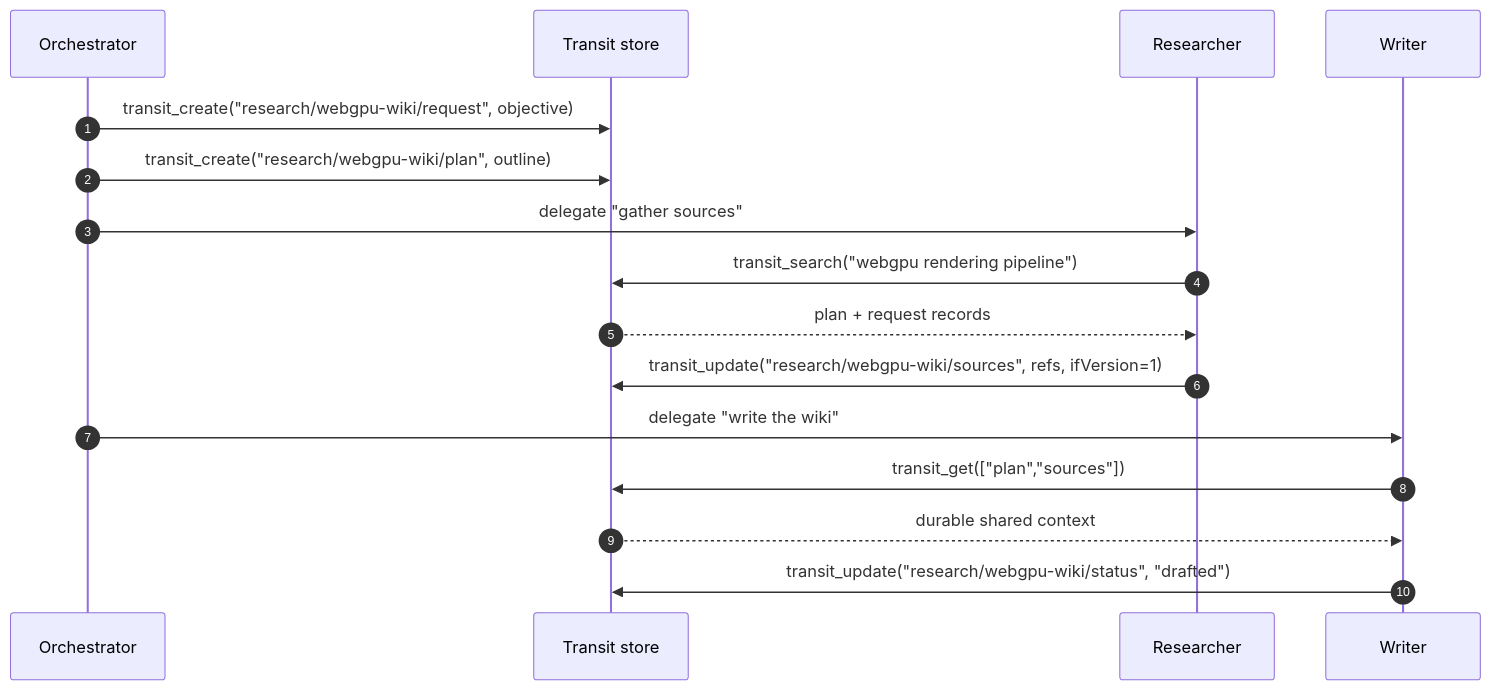
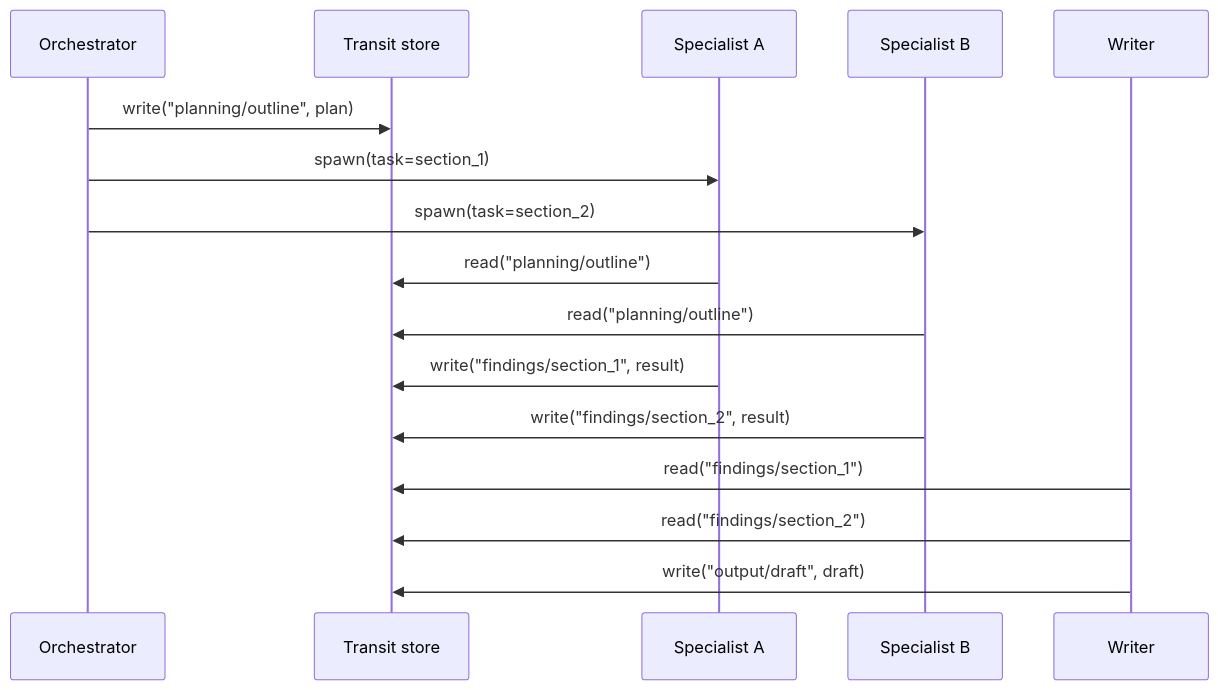
One commit to intelligencedev/intelligence-web changed the third of 9 diagrams in content/manifold-memory-systems.md. Above: the diagram before and after it, drawn with Mermaid. The commit also changed other lines of this file, not shown here.

```diff
--- a/content/manifold-memory-systems.md
+++ b/content/manifold-memory-systems.md
@@ -162,18 +147,19 @@
 <pre class="mermaid">
 sequenceDiagram
-    autonumber
     participant O as Orchestrator
     participant T as Transit store
-    participant R as Researcher
+    participant S1 as Specialist A
+    participant S2 as Specialist B
     participant W as Writer
-    O->>T: transit_create("research/webgpu-wiki/request", objective)
-    O->>T: transit_create("research/webgpu-wiki/plan", outline)
-    O->>R: delegate "gather sources"
-    R->>T: transit_search("webgpu rendering pipeline")
-    T-->>R: plan + request records
-    R->>T: transit_update("research/webgpu-wiki/sources", refs, ifVersion=1)
-    O->>W: delegate "write the wiki"
-    W->>T: transit_get(["plan","sources"])
-    T-->>W: durable shared context
-    W->>T: transit_update("research/webgpu-wiki/status", "drafted")
+
+    O->>T: write("planning/outline", plan)
+    O->>S1: spawn(task=section_1)
+    O->>S2: spawn(task=section_2)
+    S1->>T: read("planning/outline")
+    S2->>T: read("planning/outline")
+    S1->>T: write("findings/section_1", result)
+    S2->>T: write("findings/section_2", result)
+    W->>T: read("findings/section_1")
+    W->>T: read("findings/section_2")
+    W->>T: write("output/draft", draft)
 </pre>
```
